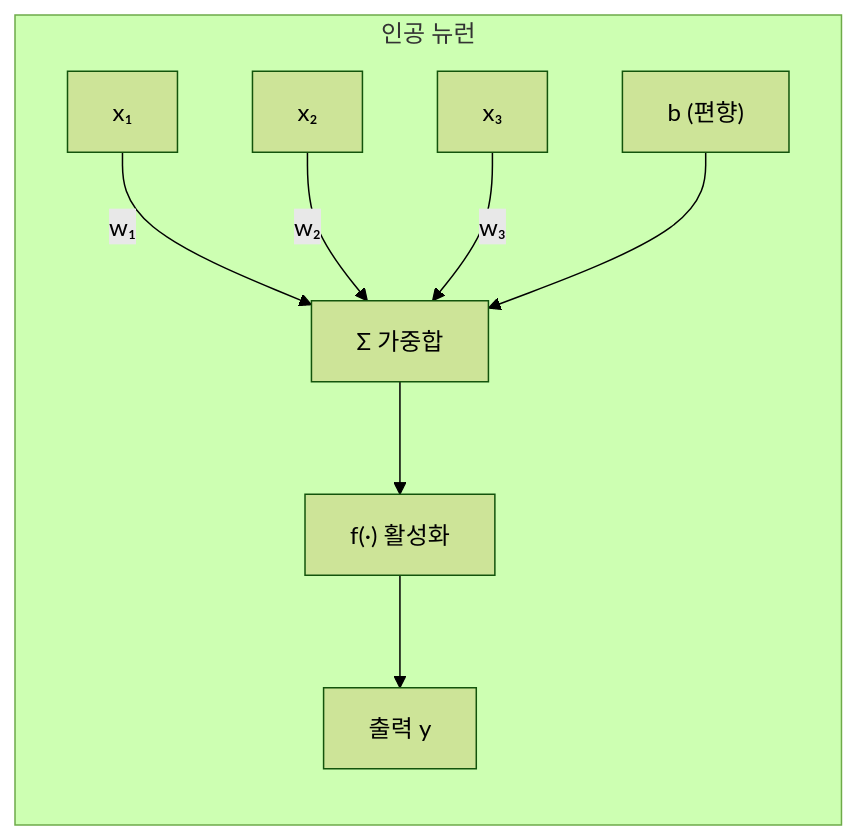
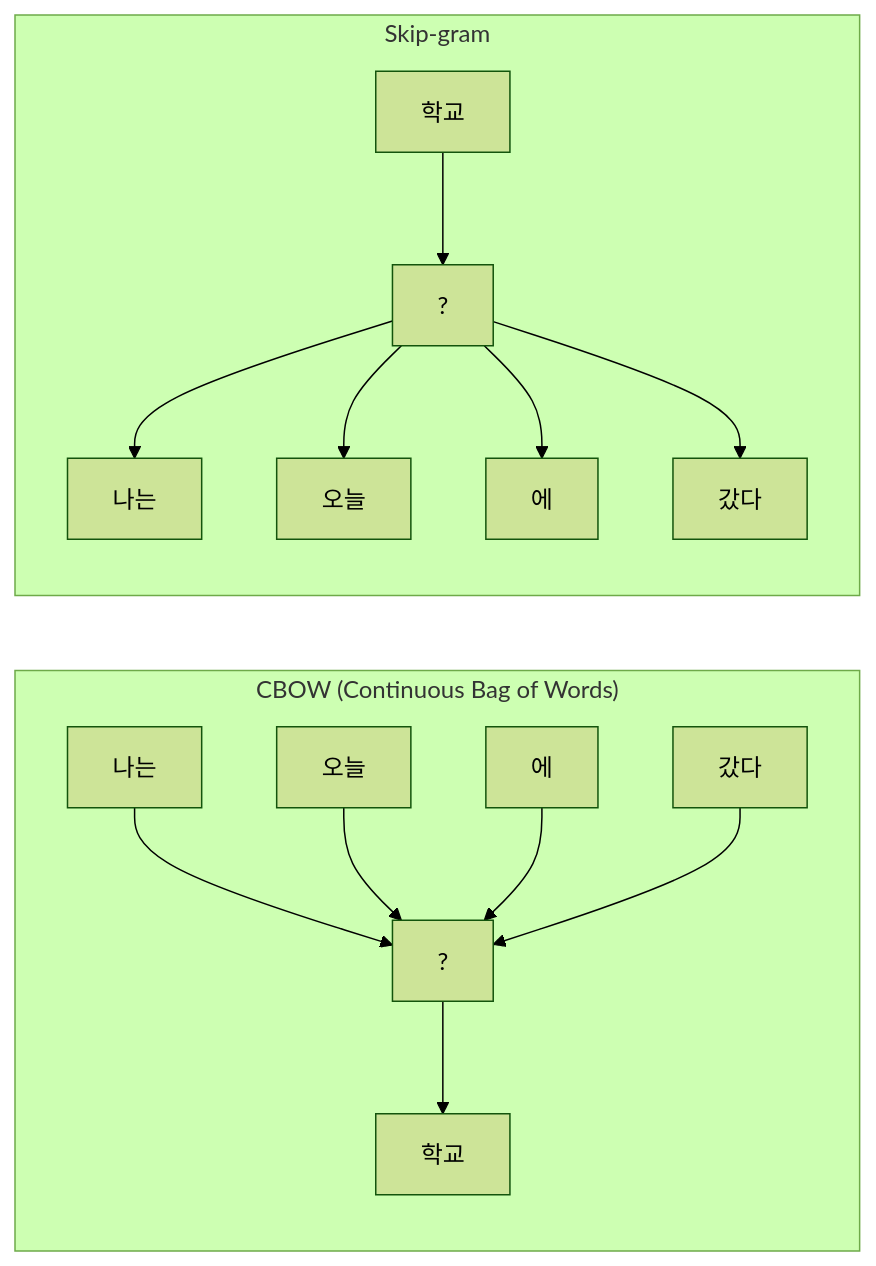
One commit to LeeSeogMin/2026NLP changed the first of 4 diagrams in content/drafts/ch3-draft.md. Above: the diagram before and after it, drawn with Mermaid (forest theme). The commit also changed other lines of this file and 34 other files, not shown here.

````diff
--- a/content/drafts/ch3-draft.md
+++ b/content/drafts/ch3-draft.md
@@ -27,12 +54,20 @@
 ```mermaid
 flowchart LR
-    subgraph Artificial["인공 뉴런"]
+    subgraph CBOW["CBOW (Continuous Bag of Words)"]
         direction TB
-        X1["x₁"] -->|"w₁"| SUM["Σ 가중합"]
-        X2["x₂"] -->|"w₂"| SUM
-        X3["x₃"] -->|"w₃"| SUM
-        B["b (편향)"] --> SUM
-        SUM --> ACT["f(·) 활성화"]
-        ACT --> Y["출력 y"]
+        C1["나는"] --> P1["?"]
+        C2["오늘"] --> P1
+        C3["에"] --> P1
+        C4["갔다"] --> P1
+        P1 --> T1["학교"]
+    end
+
+    subgraph Skip["Skip-gram"]
+        direction TB
+        T2["학교"] --> P2["?"]
+        P2 --> C5["나는"]
+        P2 --> C6["오늘"]
+        P2 --> C7["에"]
+        P2 --> C8["갔다"]
     end
 ```
````
